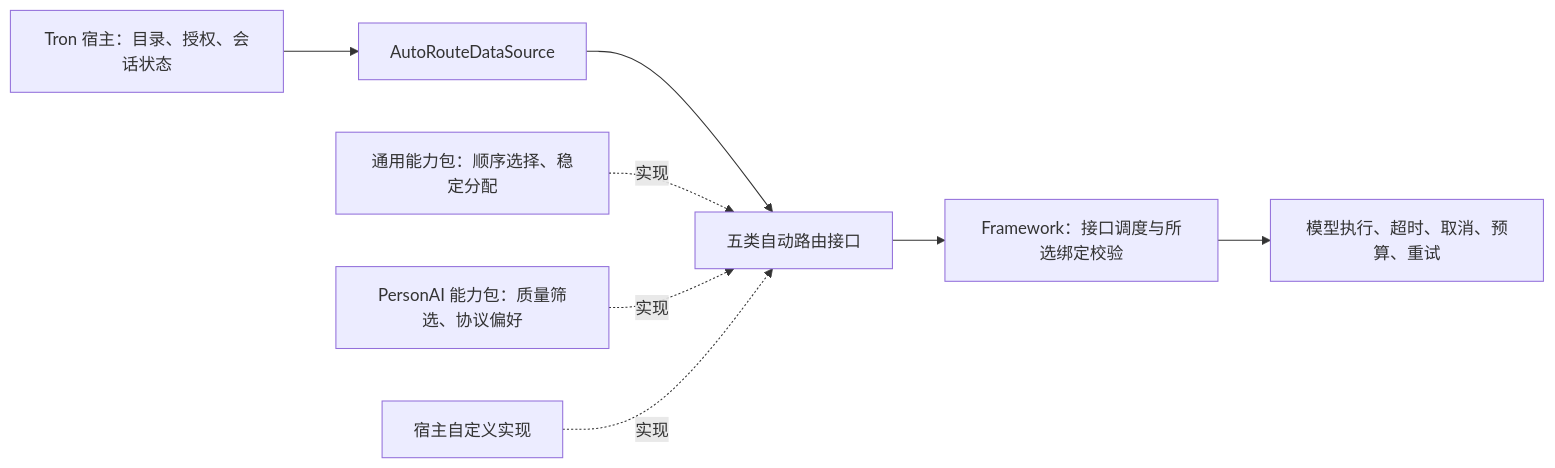
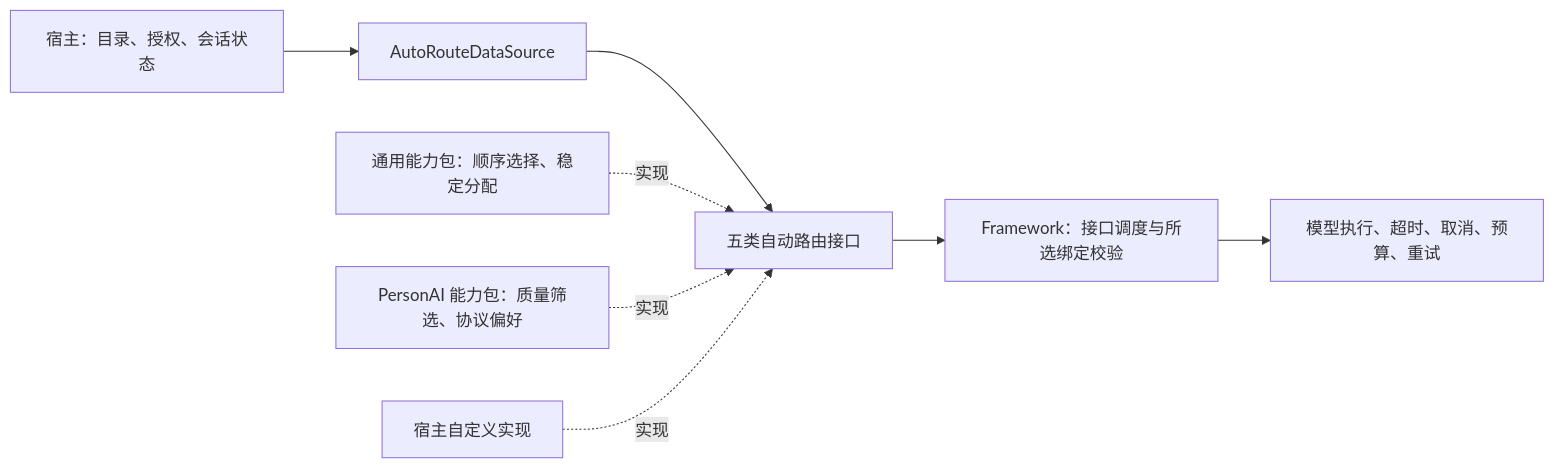
Before and after one commit to Penglai-Link/eliteforge-agent-framework: the diagram in docs/PersonAI能力包.md, drawn with Mermaid. The commit also changed other lines of this file and 60 other files, not shown here.

````diff
--- a/docs/PersonAI能力包.md
+++ b/docs/PersonAI能力包.md
@@ -40,10 +40,10 @@
 ```mermaid
 flowchart LR
-    H[Tron 宿主：目录、授权、会话状态] --> S[AutoRouteDataSource]
+    H[宿主：目录、授权、会话状态] --> S[AutoRouteDataSource]
     S --> R[五类自动路由接口]
     G[通用能力包：顺序选择、稳定分配] -. 实现 .-> R
     P[PersonAI 能力包：质量筛选、协议偏好] -. 实现 .-> R
     C[宿主自定义实现] -. 实现 .-> R
     R --> V[Framework：接口调度与所选绑定校验]
     V --> E[模型执行、超时、取消、预算、重试]
 ```
````
